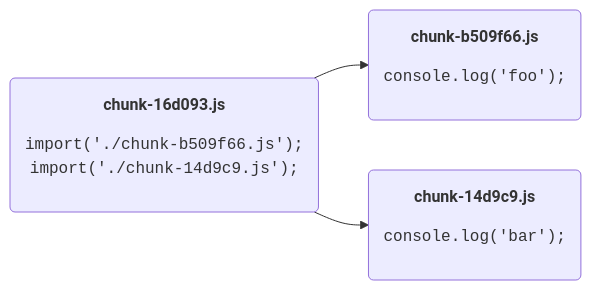
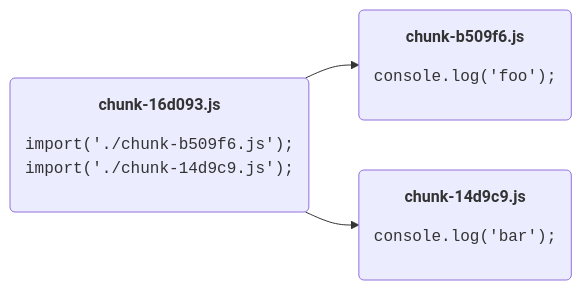
The first of 13 diagrams in slides.md (lukastaegert/viteconf24-rollup), drawn with Mermaid before and after one commit. The commit also changed other lines of this file and 12 other files, not shown here.

````diff
--- a/slides.md
+++ b/slides.md
@@ -57,18 +61,18 @@
 ```mermaid
 %%{
   init: {
     "themeCSS": ".node rect { fill: #fdb; stroke: #000; } .nodeLabel { color: #000; } .node div { text-align: left; line-height: 1.2; padding: 8px; } pre { margin: 16px 0 0 0; }"
   }
 }%%
 flowchart LR
 
 A("<b>chunk-16d093.js</b><br><pre>
-import('./chunk-b509f66.js');
+import('./chunk-b509f6.js');
 import('./chunk-14d9c9.js');</pre>")
-B("<b>chunk-b509f66.js</b><br><pre>
+B("<b>chunk-b509f6.js</b><br><pre>
 console.log('foo');</pre>")
 C("<b>chunk-14d9c9.js</b><br><pre>
 console.log('bar');</pre>")
 A --> B
 A --> C
 ```
````
